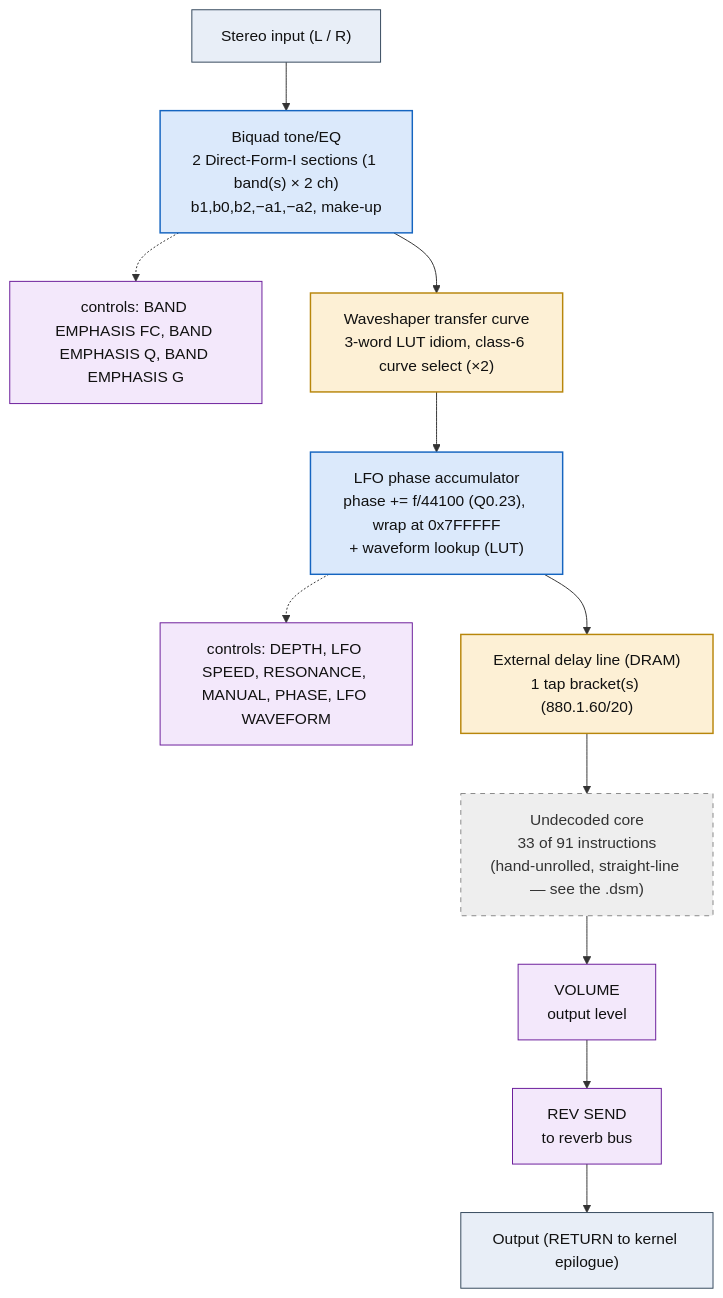
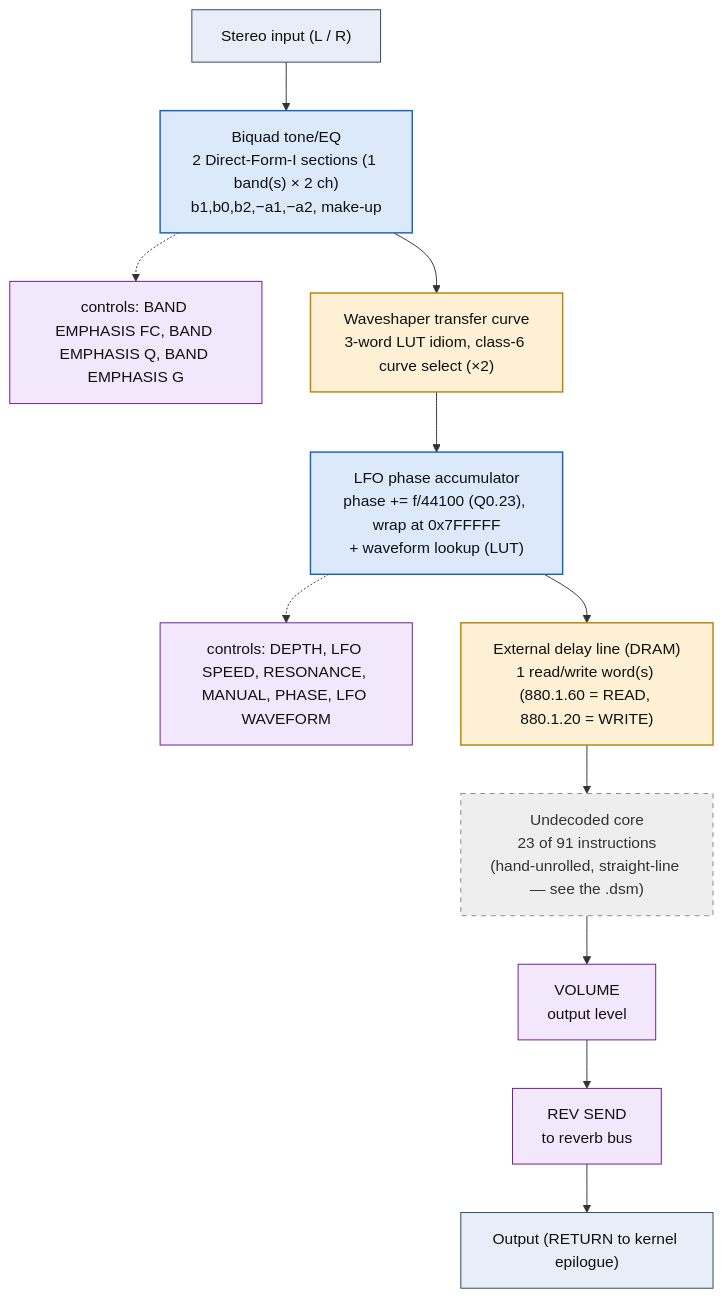
Before and after one commit to ArqueologiaDigital/KN5000-docs: the diagram in flowcharts/prog73_peq_flanger.md, drawn with Mermaid. The commit also changed other lines of this file and 38 other files, not shown here.

First line of the commit message:
flowcharts: withdraw the envelope-detector reading, decode the DRAM accesses

````diff
--- a/flowcharts/prog73_peq_flanger.md
+++ b/flowcharts/prog73_peq_flanger.md
@@ -19,36 +19,36 @@
 ```mermaid
 flowchart TD
     N0["Stereo input (L / R)"]
     N1["Biquad tone/EQ<br/>2 Direct-Form-I sections (1 band(s) &times; 2 ch)<br/>b1,b0,b2,&minus;a1,&minus;a2, make-up"]
     N0 --> N1
     N2["controls: BAND EMPHASIS FC, BAND EMPHASIS Q, BAND EMPHASIS G"]
     N1 -.-> N2
     N3["Waveshaper transfer curve<br/>3-word LUT idiom, class-6 curve select (&times;2)"]
     N1 --> N3
     N4["LFO phase accumulator<br/>phase += f/44100 (Q0.23), wrap at 0x7FFFFF<br/>+ waveform lookup (LUT)"]
     N3 --> N4
     N5["controls: DEPTH, LFO SPEED, RESONANCE, MANUAL, PHASE, LFO WAVEFORM"]
     N4 -.-> N5
-    N6["External delay line (DRAM)<br/>1 tap bracket(s) (880.1.60/20)"]
+    N6["External delay line (DRAM)<br/>1 read/write word(s) (880.1.60 = READ, 880.1.20 = WRITE)"]
     N4 --> N6
-    N7["Undecoded core<br/>33 of 91 instructions<br/>(hand-unrolled, straight-line &mdash; see the .dsm)"]
+    N7["Undecoded core<br/>23 of 91 instructions<br/>(hand-unrolled, straight-line &mdash; see the .dsm)"]
     N6 --> N7
     N8["VOLUME<br/>output level"]
     N7 --> N8
     N9["REV SEND<br/>to reverb bus"]
     N8 --> N9
     N10["Output (RETURN to kernel epilogue)"]
     N9 --> N10
 
     classDef io fill:#e8eef7,stroke:#33475b,stroke-width:1px,color:#111;
     classDef proven fill:#d7f0d7,stroke:#2e7d32,stroke-width:2px,color:#111;
     classDef measured fill:#dbe9fb,stroke:#1565c0,stroke-width:1.5px,color:#111;
     classDef inferred fill:#fdf0d5,stroke:#b8860b,stroke-width:1.5px,color:#111;
     classDef open fill:#eeeeee,stroke:#888,stroke-width:1px,color:#333,stroke-dasharray:5 5;
     classDef ctrl fill:#f3e8fb,stroke:#6a1b9a,stroke-width:1px,color:#111;
     class N0,N10 io;
     class N1,N4 measured;
     class N2,N5,N8,N9 ctrl;
     class N3,N6 inferred;
     class N7 open;
 ```
````
